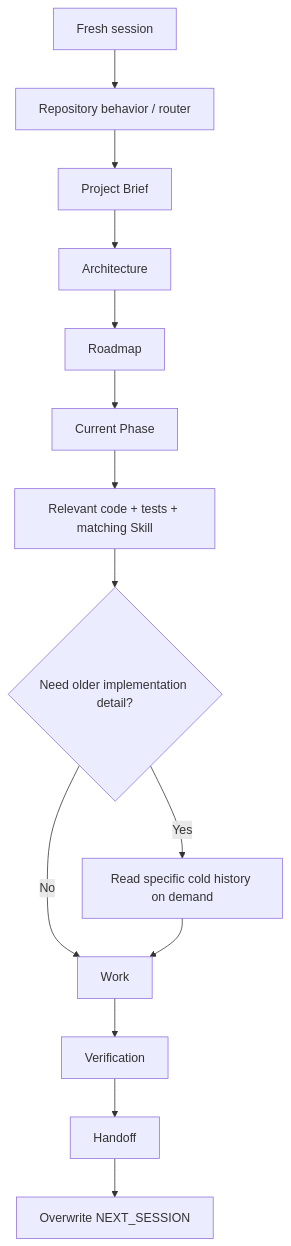
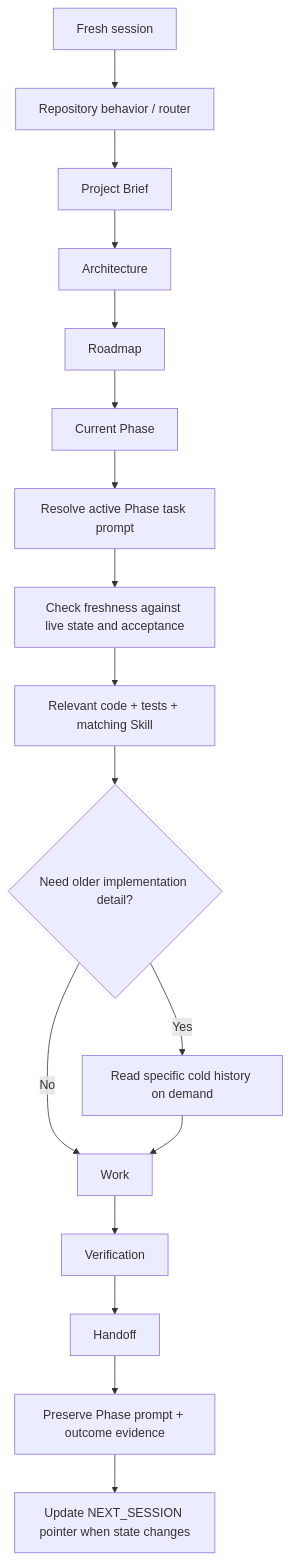
Before and after one commit to Elguajo/Progressive-Context-Kit: the diagram in docs/visuals/session-context-flow.md, drawn with Mermaid. The commit also changed 33 other files, not shown here.

Commit message:
feat: preserve phase task prompts and bound execution context

````diff
--- a/docs/visuals/session-context-flow.md
+++ b/docs/visuals/session-context-flow.md
@@ -5,16 +5,19 @@
 ```mermaid
 flowchart TD
     A[Fresh session] --> B[Repository behavior / router]
     B --> C[Project Brief]
     C --> D[Architecture]
     D --> E[Roadmap]
     E --> F[Current Phase]
-    F --> G[Relevant code + tests + matching Skill]
+    F --> P[Resolve active Phase task prompt]
+    P --> Q[Check freshness against live state and acceptance]
+    Q --> G[Relevant code + tests + matching Skill]
     G --> H{Need older implementation detail?}
     H -- No --> I[Work]
     H -- Yes --> J[Read specific cold history on demand]
     J --> I
     I --> K[Verification]
     K --> L[Handoff]
-    L --> M[Overwrite NEXT_SESSION]
+    L --> N[Preserve Phase prompt + outcome evidence]
+    N --> M[Update NEXT_SESSION pointer when state changes]
 ```
````
